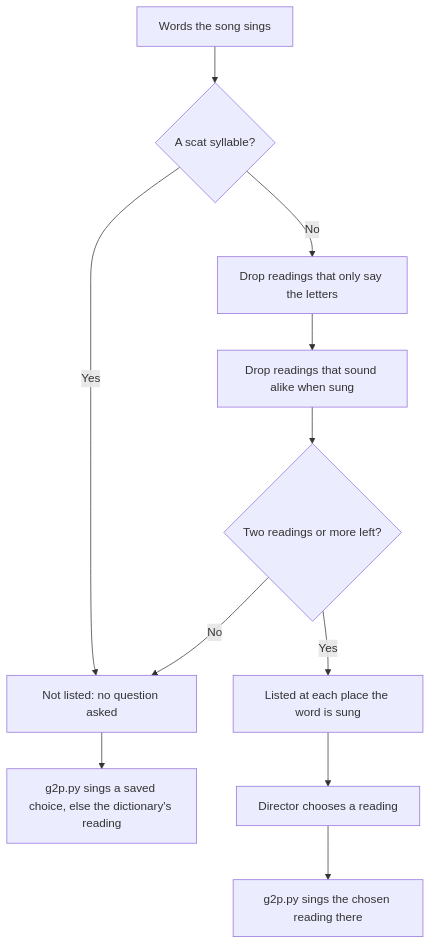
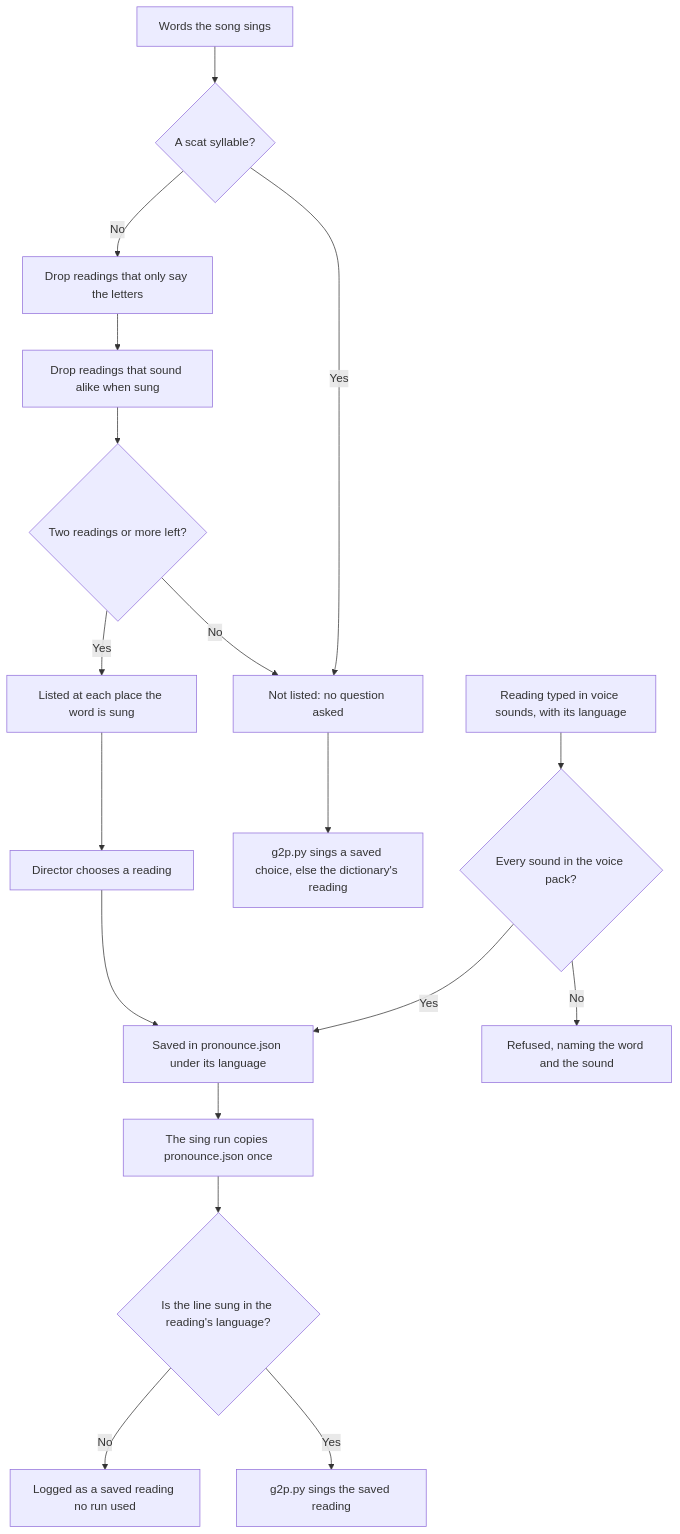
Before and after one commit to eerovil/musescore-choir-plugins: the diagram in docs/diagrams/pronunciation-list.md, drawn with Mermaid. The commit also changed other lines of this file and 2 other files, not shown here.

First line of the commit message:
Pronunciation diagram: readings typed in voice sounds; panel screenshots

````diff
--- a/docs/diagrams/pronunciation-list.md
+++ b/docs/diagrams/pronunciation-list.md
@@ -8,17 +9,25 @@
 ```mermaid
 flowchart TD
     words[Words the song sings] --> scat{A scat syllable?}
     scat -- Yes --> quiet[Not listed: no question asked]
     scat -- No --> letters[Drop readings that only say the letters]
     letters --> alike[Drop readings that sound alike when sung]
     alike --> two{Two readings or more left?}
     two -- No --> quiet
     two -- Yes --> listed[Listed at each place the word is sung]
     listed --> choice[Director chooses a reading]
-    choice --> sung[g2p.py sings the chosen reading there]
+    typed[Reading typed in voice sounds, with its language] --> check{Every sound in the voice pack?}
+    check -- No --> refused[Refused, naming the word and the sound]
+    check -- Yes --> saved[Saved in pronounce.json under its language]
+    choice --> saved
+    saved --> copy[The sing run copies pronounce.json once]
+    copy --> run{Is the line sung in the reading's language?}
+    run -- Yes --> sung[g2p.py sings the saved reading]
+    run -- No --> unused[Logged as a saved reading no run used]
     quiet --> default[g2p.py sings a saved choice, else the dictionary's reading]
     class words,letters,alike blue
-    class scat,two amber
-    class listed,choice green
-    class quiet,sung,default teal
+    class scat,two,check,run amber
+    class listed,choice,typed,refused green
+    class saved,copy violet
+    class quiet,sung,default,unused teal
 ```
````
